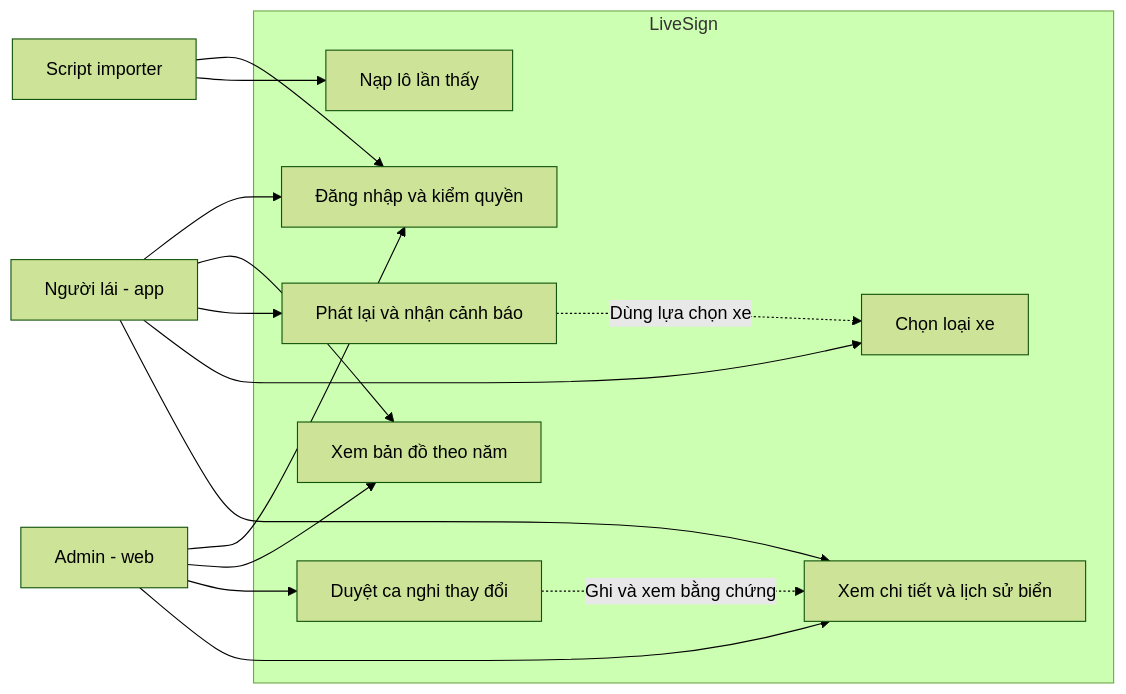
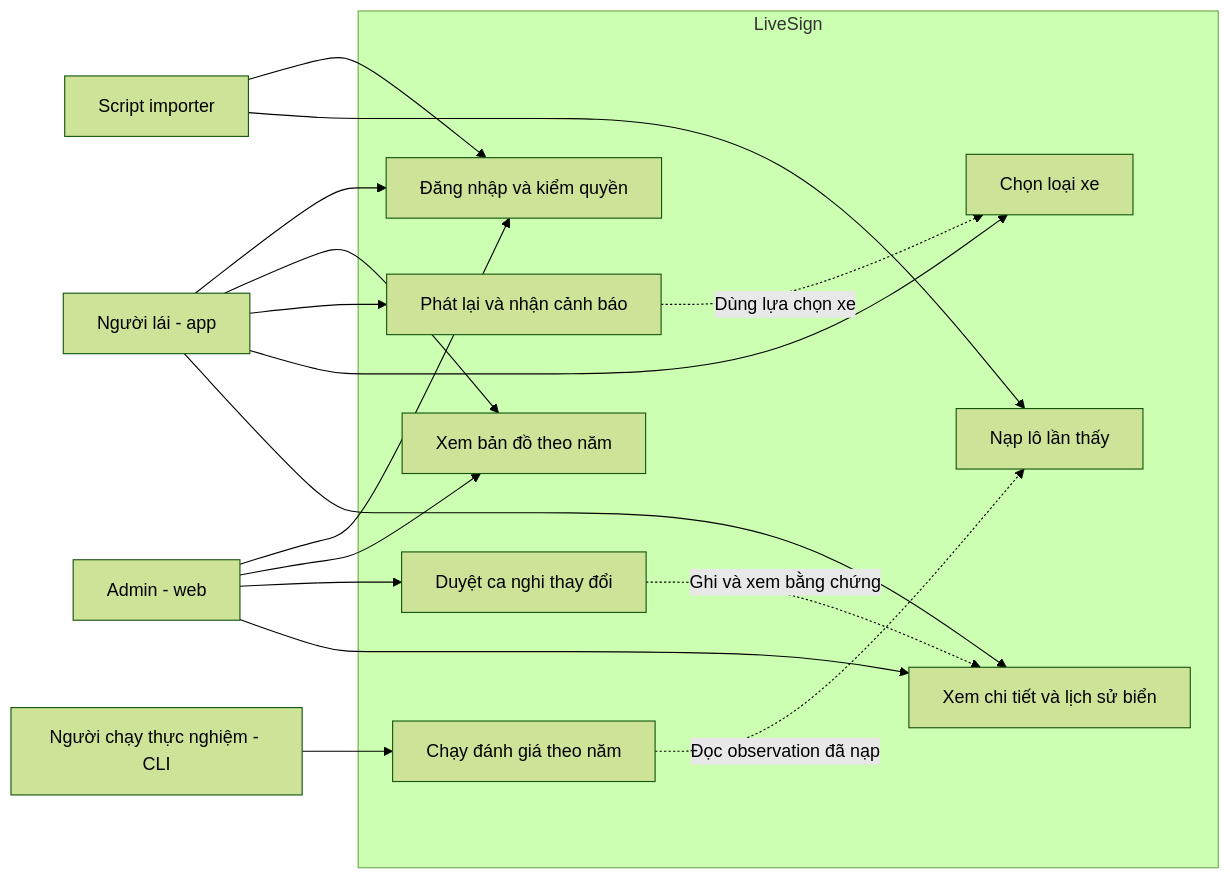
The diagram in docs/requirements.md (hana200804/livesign), drawn with Mermaid (forest theme) before and after one commit. The commit also changed other lines of this file and 5 other files, not shown here.

````diff
--- a/docs/requirements.md
+++ b/docs/requirements.md
@@ -20,28 +22,32 @@
 ```mermaid
 flowchart LR
   Driver["Người lái - app"]
   Reviewer["Admin - web"]
   Importer["Script importer"]
+  Researcher["Người chạy thực nghiệm - CLI"]
   subgraph LiveSign["LiveSign"]
     Login["Đăng nhập và kiểm quyền"]
     Map["Xem bản đồ theo năm"]
     Replay["Phát lại và nhận cảnh báo"]
     Vehicle["Chọn loại xe"]
     Batch["Nạp lô lần thấy"]
     Review["Duyệt ca nghi thay đổi"]
     History["Xem chi tiết và lịch sử biển"]
+    Eval["Chạy đánh giá theo năm"]
   end
   Driver --> Login
   Driver --> Map
   Driver --> Replay
   Driver --> Vehicle
   Driver --> History
   Reviewer --> Login
   Reviewer --> Map
   Reviewer --> Review
   Reviewer --> History
   Importer --> Login
   Importer --> Batch
+  Researcher --> Eval
   Replay -.->|"Dùng lựa chọn xe"| Vehicle
   Review -.->|"Ghi và xem bằng chứng"| History
+  Eval -.->|"Đọc observation đã nạp"| Batch
 ```
````
